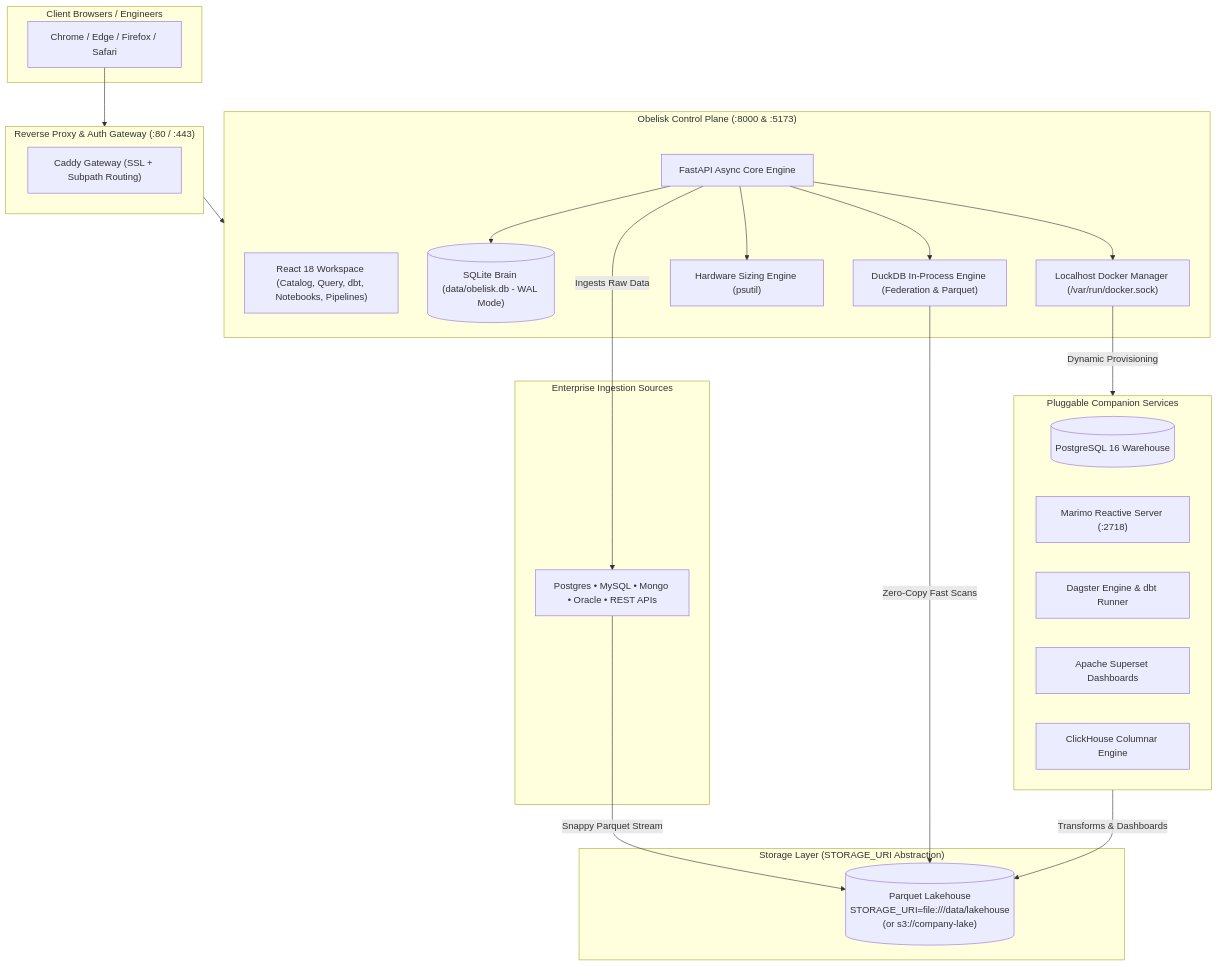
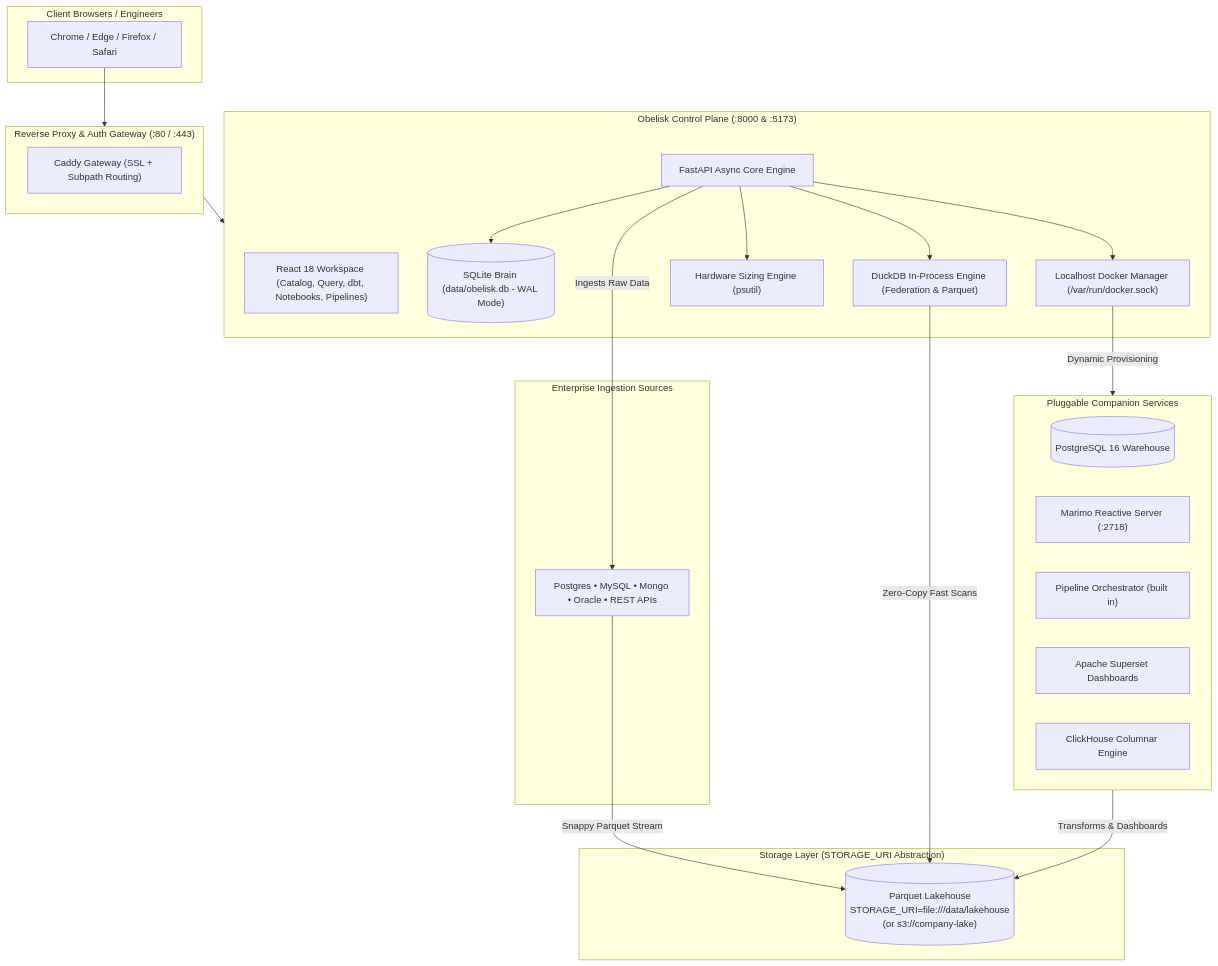
Before and after one commit to amrelsawalhi/obelisk: the diagram in README.md, drawn with Mermaid. The commit also changed other lines of this file and 66 other files, not shown here.

First line of the commit message:
feat(pipelines): one built-in orchestrator replacing cron and Dagster

````diff
--- a/README.md
+++ b/README.md
@@ -55,49 +55,49 @@
 ```mermaid
 graph TD
     subgraph Clients ["Client Browsers / Engineers"]
         Browser["Chrome / Edge / Firefox / Safari"]
     end
 
     subgraph Gateway ["Reverse Proxy & Auth Gateway (:80 / :443)"]
         Caddy["Caddy Gateway (SSL + Subpath Routing)"]
     end
 
     subgraph ControlPlane ["Obelisk Control Plane (:8000 & :5173)"]
         UI["React 18 Workspace (Catalog, Query, dbt, Notebooks, Pipelines)"]
         API["FastAPI Async Core Engine"]
         InternalDB[("SQLite Brain (data/obelisk.db - WAL Mode)")]
         DuckEngine["DuckDB In-Process Engine (Federation & Parquet)"]
         ResourceAdvisor["Hardware Sizing Engine (psutil)"]
         DockerMgr["Localhost Docker Manager (/var/run/docker.sock)"]
     end
 
     subgraph StorageLayer ["Storage Layer (STORAGE_URI Abstraction)"]
         Lakehouse[("Parquet Lakehouse<br/>STORAGE_URI=file:///data/lakehouse<br/>(or s3://company-lake)")]
     end
 
     subgraph Services ["Pluggable Companion Services"]
         LocalPG[("PostgreSQL 16 Warehouse")]
         MarimoServer["Marimo Reactive Server (:2718)"]
-        DagsterEng["Dagster Engine & dbt Runner"]
+        PipelineEng["Pipeline Orchestrator (built in)"]
         SupersetBI["Apache Superset Dashboards"]
         ClickHouseOLAP["ClickHouse Columnar Engine"]
     end
 
     subgraph RemoteSources ["Enterprise Ingestion Sources"]
         Sources["Postgres • MySQL • Mongo • Oracle • REST APIs"]
     end
 
     Browser --> Gateway
     Gateway --> ControlPlane
 
     API --> InternalDB
     API --> DuckEngine
     API --> ResourceAdvisor
     API --> DockerMgr
 
     DockerMgr -->|Dynamic Provisioning| Services
     API -->|Ingests Raw Data| Sources
     Sources -->|Snappy Parquet Stream| Lakehouse
     DuckEngine -->|Zero-Copy Fast Scans| Lakehouse
     Services -->|Transforms & Dashboards| Lakehouse
 ```
````
